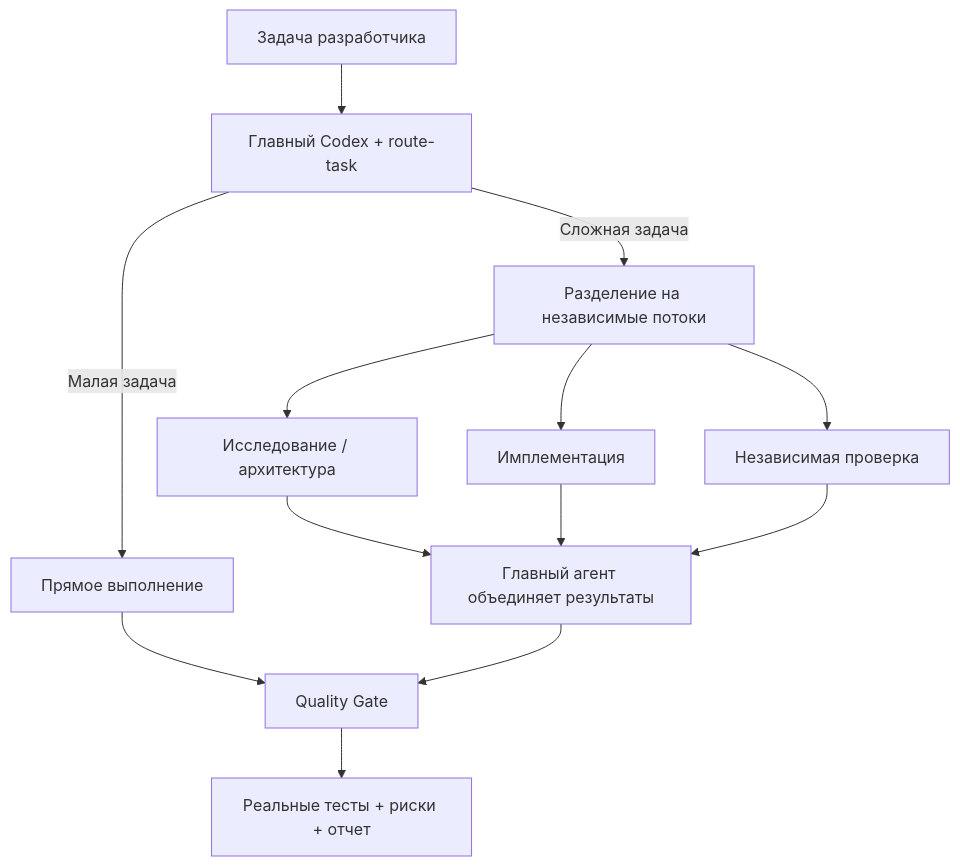
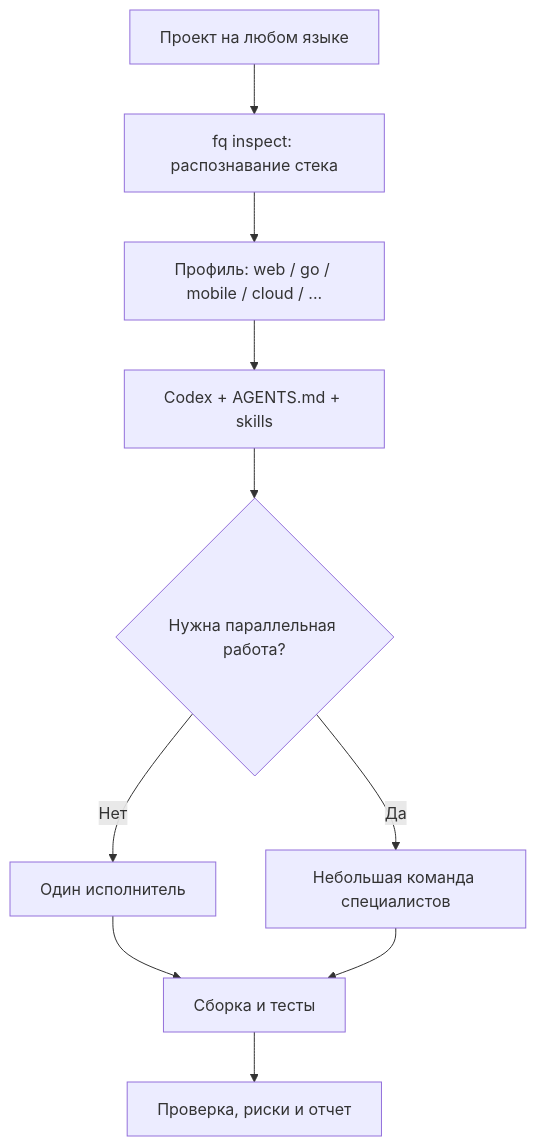
One commit to DizzyZ7/Forge-Quorum changed the diagram in README.md. Above: the diagram before and after it, drawn with Mermaid. The commit also changed other lines of this file and 64 other files, not shown here.

Commit message:
feat: introduce native Codex plugin, portable skills and safe verification (v0.4.0)

````diff
--- a/README.md
+++ b/README.md
@@ -72,15 +99,12 @@
 ```mermaid
 flowchart TD
-    U[Задача разработчика] --> P[Главный Codex + route-task]
-    P -->|Малая задача| S[Прямое выполнение]
-    P -->|Сложная задача| D[Разделение на независимые потоки]
-    D --> A[Исследование / архитектура]
-    D --> B[Имплементация]
-    D --> C[Независимая проверка]
-    A --> R[Главный агент объединяет результаты]
-    B --> R
-    C --> R
-    S --> Q[Quality Gate]
-    R --> Q
-    Q --> T[Реальные тесты + риски + отчет]
+    A[Проект на любом языке] --> B[fq inspect: распознавание стека]
+    B --> C[Профиль: web / go / mobile / cloud / ...]
+    C --> D[Codex + AGENTS.md + skills]
+    D --> E{Нужна параллельная работа?}
+    E -->|Нет| F[Один исполнитель]
+    E -->|Да| G[Небольшая команда специалистов]
+    F --> H[Сборка и тесты]
+    G --> H
+    H --> I[Проверка, риски и отчет]
 ```
````
